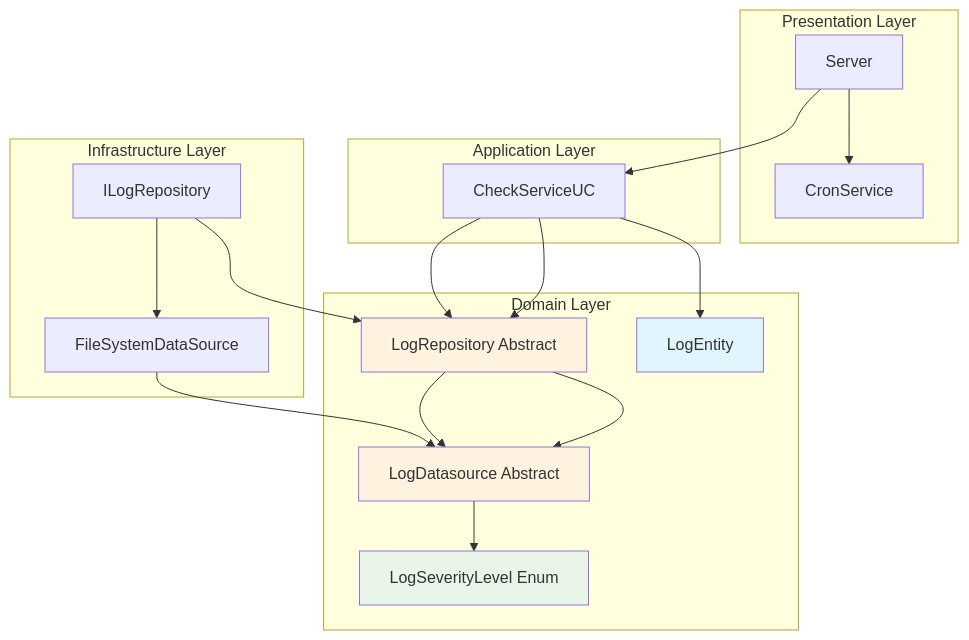
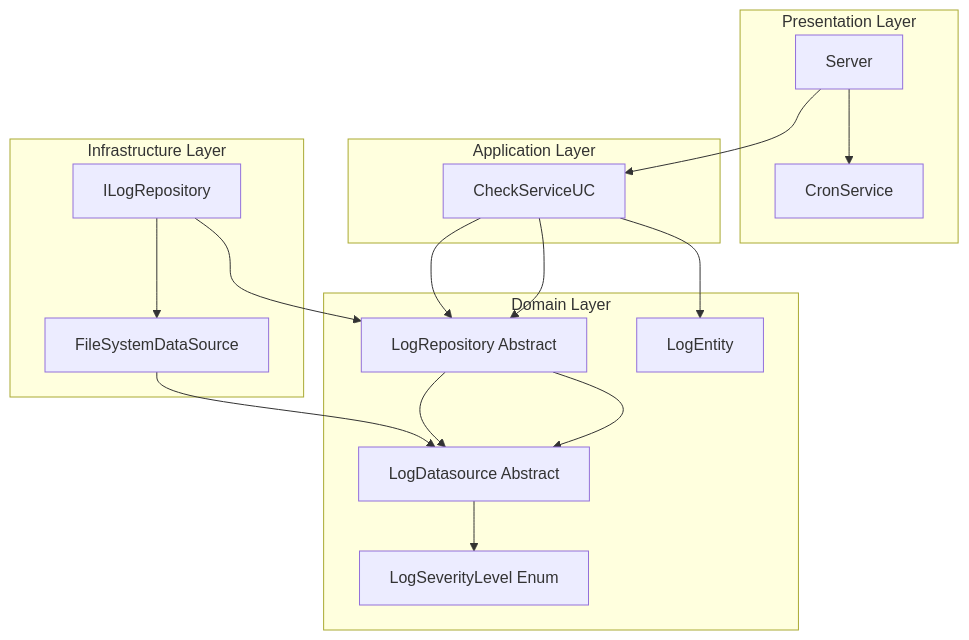
Before and after one commit to Khalest/NocApp: the first of 4 diagrams in README.md, drawn with Mermaid.

````diff
--- a/README.md
+++ b/README.md
@@ -39,38 +39,34 @@
 ```mermaid
 graph TB
     subgraph "Presentation Layer"
         A[Server] --> B[CronService]
     end
 
     subgraph "Application Layer"
         C[CheckServiceUC]
     end
 
     subgraph "Domain Layer"
         D[LogEntity]
         E[LogRepository Abstract]
         F[LogDatasource Abstract]
         G[LogSeverityLevel Enum]
     end
 
     subgraph "Infrastructure Layer"
         H[ILogRepository]
         I[FileSystemDataSource]
     end
 
     A --> C
     C --> D
     C --> E
     E --> F
     H --> E
     I --> F
     H --> I
 
-    style D fill:#e1f5fe
-    style G fill:#e8f5e8
-    style E fill:#fff3e0
-    style F fill:#fff3e0
     C --> E
     E --> F
     F --> G
 ```
````
